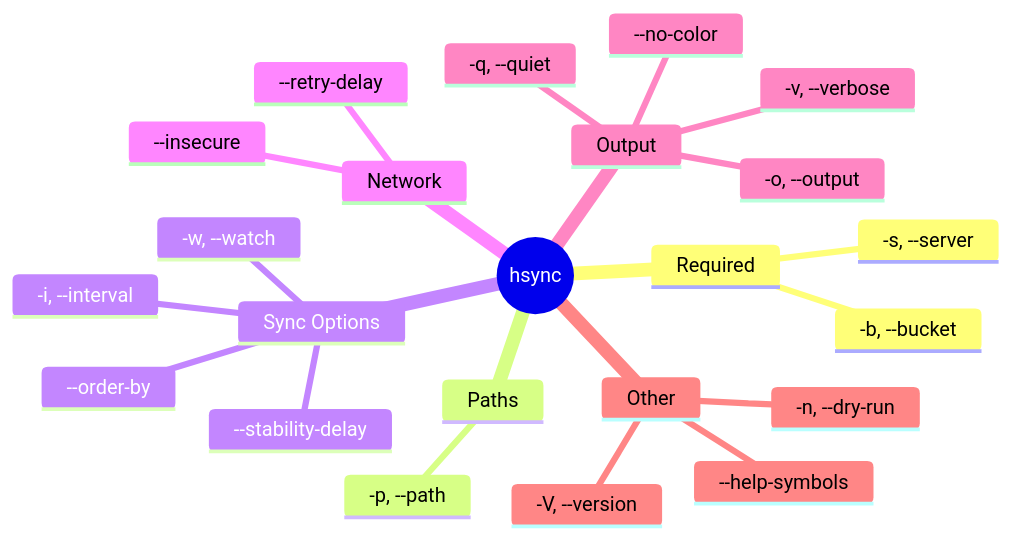
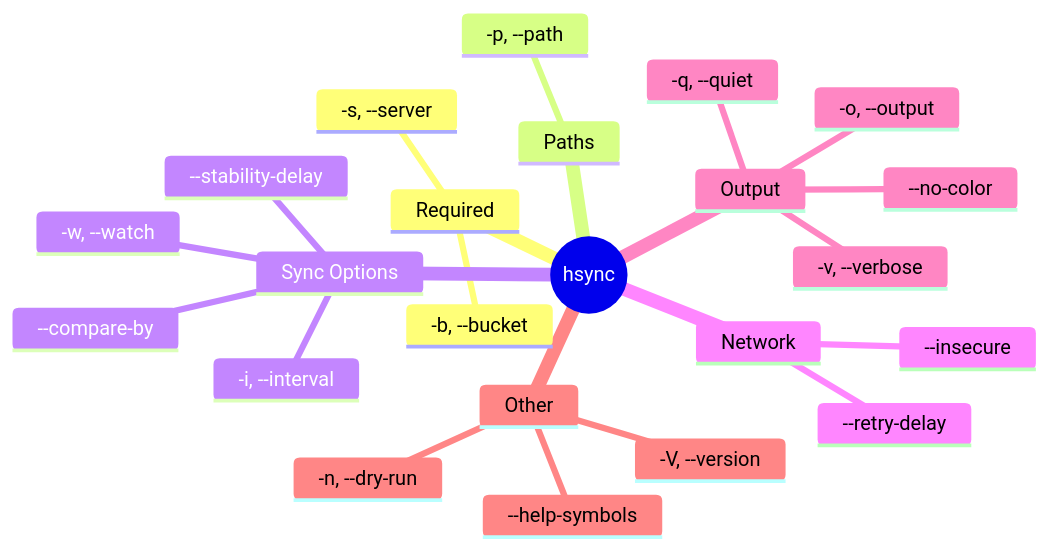
The second of 6 diagrams in docs/usage.md (albertsdk/hsync-client), drawn with Mermaid before and after one commit. The commit also changed 3 other files, not shown here.

Commit message:
Rename --order-by to --compare-by

````diff
--- a/docs/usage.md
+++ b/docs/usage.md
@@ -39,26 +39,26 @@
 ```mermaid
 mindmap
   root((hsync))
     Required
       -s, --server
       -b, --bucket
     Paths
       -p, --path
     Sync Options
       -w, --watch
       -i, --interval
-      --order-by
+      --compare-by
       --stability-delay
     Network
       --retry-delay
       --insecure
     Output
       -v, --verbose
       -q, --quiet
       -o, --output
       --no-color
     Other
       -n, --dry-run
       -V, --version
       --help-symbols
 ```
````
